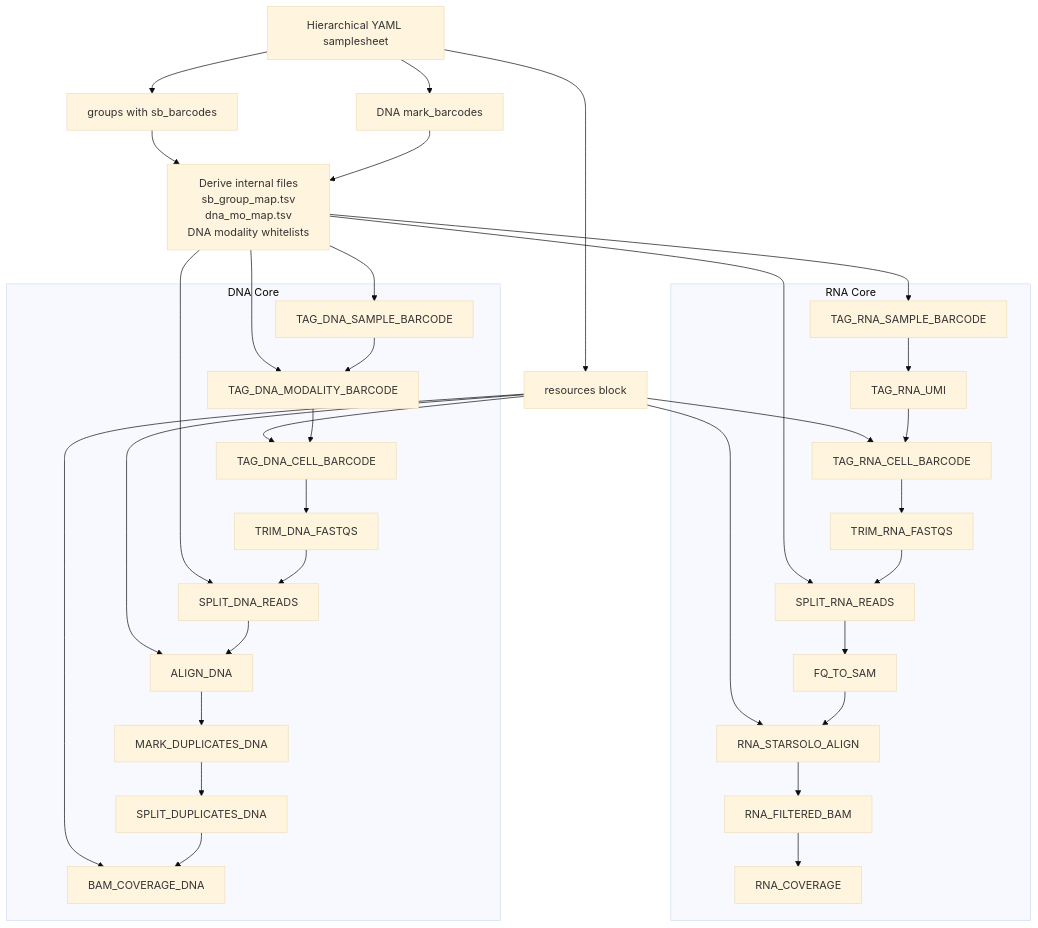
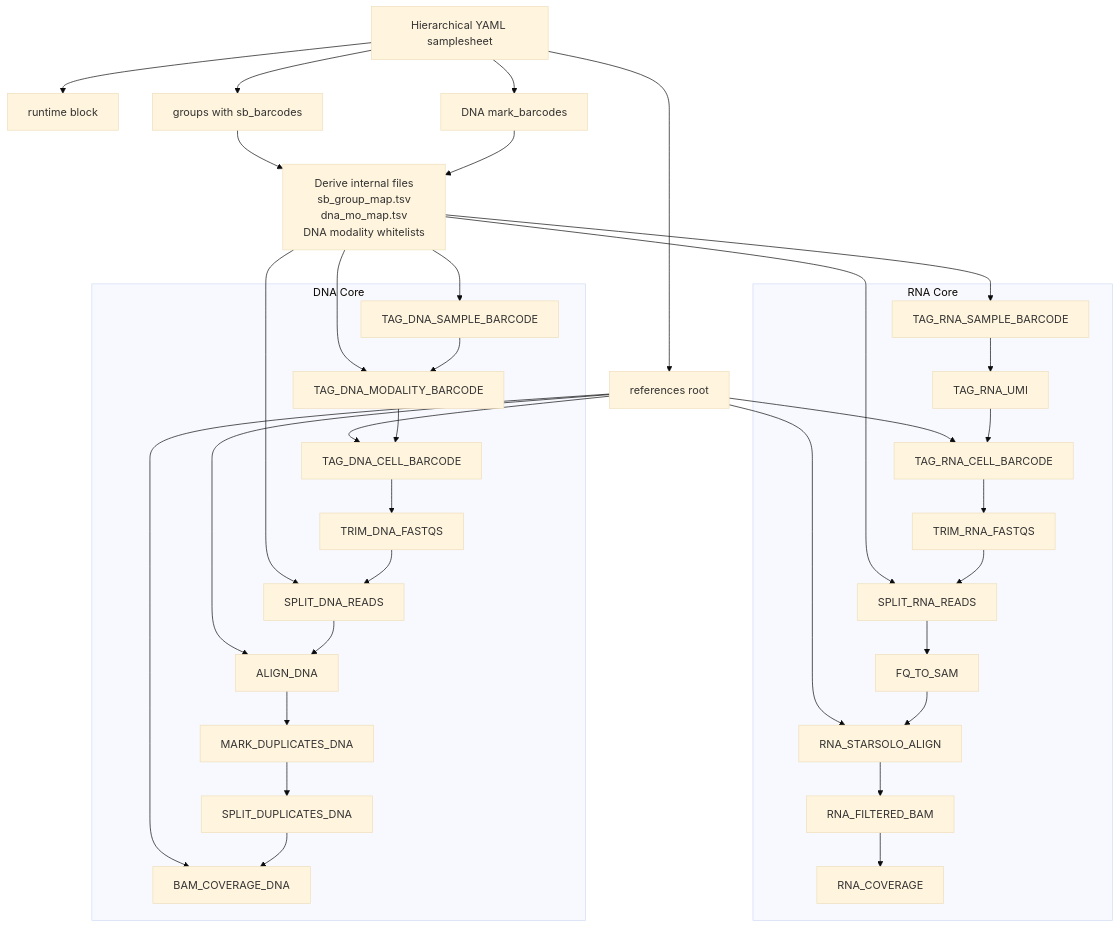
Before and after one commit to CSOgroup/TrESFlow: the diagram in docs/architecture/implemented_pipeline.md, drawn with Mermaid (base theme). The commit also changed 73 other files, not shown here.

Commit message:
Harden runtime, references, TMPDIR, and validation order

````diff
--- a/docs/architecture/implemented_pipeline.md
+++ b/docs/architecture/implemented_pipeline.md
@@ -8,51 +8,53 @@
 ```mermaid
 flowchart TD
     SS[Hierarchical YAML samplesheet]
-    RES[resources block]
+    RUN[runtime block]
+    REF[references root]
     GROUPS[groups with sb_barcodes]
     DNAMARKS[DNA mark_barcodes]
     DERIVE[Derive internal files\nsb_group_map.tsv\ndna_mo_map.tsv\nDNA modality whitelists]
 
-    SS --> RES
+    SS --> RUN
+    SS --> REF
     SS --> GROUPS
     SS --> DNAMARKS
     GROUPS --> DERIVE
     DNAMARKS --> DERIVE
 
-    RES --> RNA2
-    RES --> RNA6
-    RES --> DNA2
-    RES --> DNA5
-    RES --> DNA8
+    REF --> RNA2
+    REF --> RNA6
+    REF --> DNA2
+    REF --> DNA5
+    REF --> DNA8
     DERIVE --> RNA0
     DERIVE --> RNA4
     DERIVE --> DNA0
     DERIVE --> DNA1
     DERIVE --> DNA4
 
     subgraph RNA_Core[RNA Core]
         RNA0[TAG_RNA_SAMPLE_BARCODE]
         RNA1[TAG_RNA_UMI]
         RNA2[TAG_RNA_CELL_BARCODE]
         RNA3[TRIM_RNA_FASTQS]
         RNA4[SPLIT_RNA_READS]
         RNA5[FQ_TO_SAM]
         RNA6[RNA_STARSOLO_ALIGN]
         RNA7[RNA_FILTERED_BAM]
         RNA8[RNA_COVERAGE]
         RNA0 --> RNA1 --> RNA2 --> RNA3 --> RNA4 --> RNA5 --> RNA6 --> RNA7 --> RNA8
     end
 
     subgraph DNA_Core[DNA Core]
         DNA0[TAG_DNA_SAMPLE_BARCODE]
         DNA1[TAG_DNA_MODALITY_BARCODE]
         DNA2[TAG_DNA_CELL_BARCODE]
         DNA3[TRIM_DNA_FASTQS]
         DNA4[SPLIT_DNA_READS]
         DNA5[ALIGN_DNA]
         DNA6[MARK_DUPLICATES_DNA]
         DNA7[SPLIT_DUPLICATES_DNA]
         DNA8[BAM_COVERAGE_DNA]
         DNA0 --> DNA1 --> DNA2 --> DNA3 --> DNA4 --> DNA5 --> DNA6 --> DNA7 --> DNA8
     end
 ```
````
